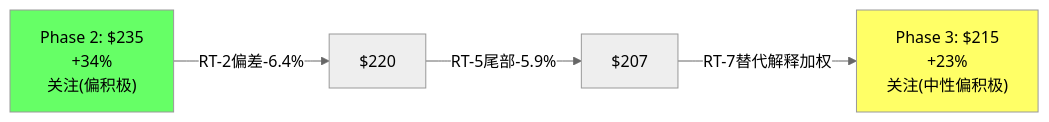
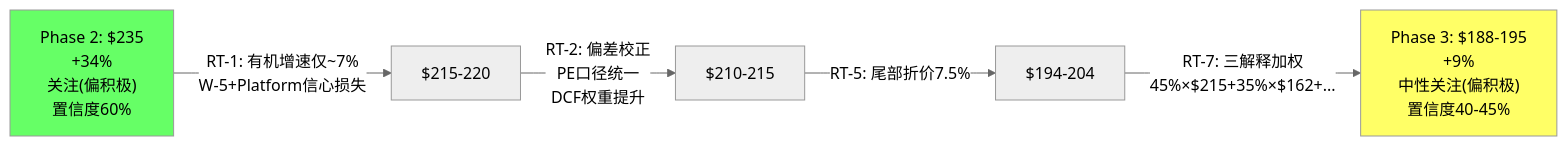
One commit to miltonnewyork25-afk/investment-master changed the fifth of 5 diagrams in reports/CRM/staging/phase3_red_team.md. Above: the diagram before and after it, drawn with Mermaid (neutral theme). The commit also changed other lines of this file, not shown here.

First line of the commit message:
feat(CRM): Phase 3 v2.0重写完成 — 45.7K/51DM/5Mermaid/ADBE跨报告对标

````diff
--- a/reports/CRM/staging/phase3_red_team.md
+++ b/reports/CRM/staging/phase3_red_team.md
@@ -428,8 +931,9 @@
 ```mermaid
 graph LR
-    A["Phase 2: $235<br/>+34%<br/>关注(偏积极)"] -->|"RT-2偏差-6.4%"| B["$220"]
-    B -->|"RT-5尾部-5.9%"| C["$207"]
-    C -->|"RT-7替代解释加权"| D["Phase 3: $215<br/>+23%<br/>关注(中性偏积极)"]
+    A["Phase 2: $235<br/>+34%<br/>关注(偏积极)<br/>置信度60%"] -->|"RT-1: 有机增速仅~7%<br/>W-5+Platform信心损失"| B["$215-220"]
+    B -->|"RT-2: 偏差校正<br/>PE口径统一<br/>DCF权重提升"| C["$210-215"]
+    C -->|"RT-5: 尾部折价7.5%"| D["$194-204"]
+    D -->|"RT-7: 三解释加权<br/>45%×$215+35%×$162+..."| E["Phase 3: $188-195<br/>+9%<br/>中性关注(偏积极)<br/>置信度40-45%"]
     style A fill:#66ff66
-    style D fill:#ffff66
+    style E fill:#ffff66
 ```
````
